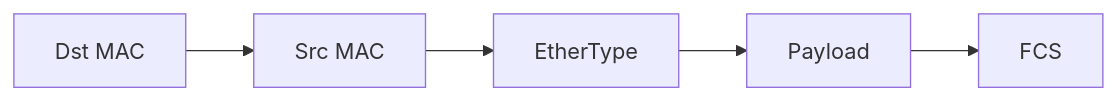
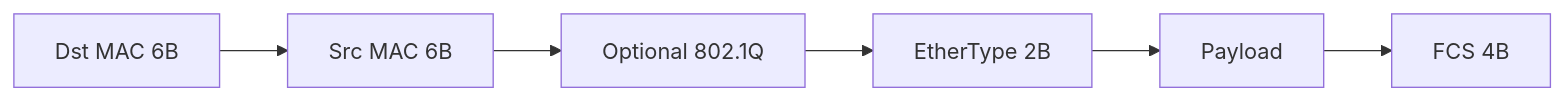
One commit to omnayak27199/pktana changed the first of 36 diagrams in learning/11-protocols-reference.md. Above: the diagram before and after it, drawn with Mermaid. The commit also changed other lines of this file and 14 other files, not shown here.

````diff
--- a/learning/11-protocols-reference.md
+++ b/learning/11-protocols-reference.md
@@ -29,4 +183,8 @@
 ```mermaid
 flowchart LR
-  Dst[Dst MAC] --> Src[Src MAC] --> Type[EtherType] --> Data[Payload] --> FCS[FCS]
+  Dst[Dst MAC 6B] --> Src[Src MAC 6B]
+  Src --> Tag[Optional 802.1Q]
+  Tag --> Type[EtherType 2B]
+  Type --> Data[Payload]
+  Data --> FCS[FCS 4B]
 ```
````
